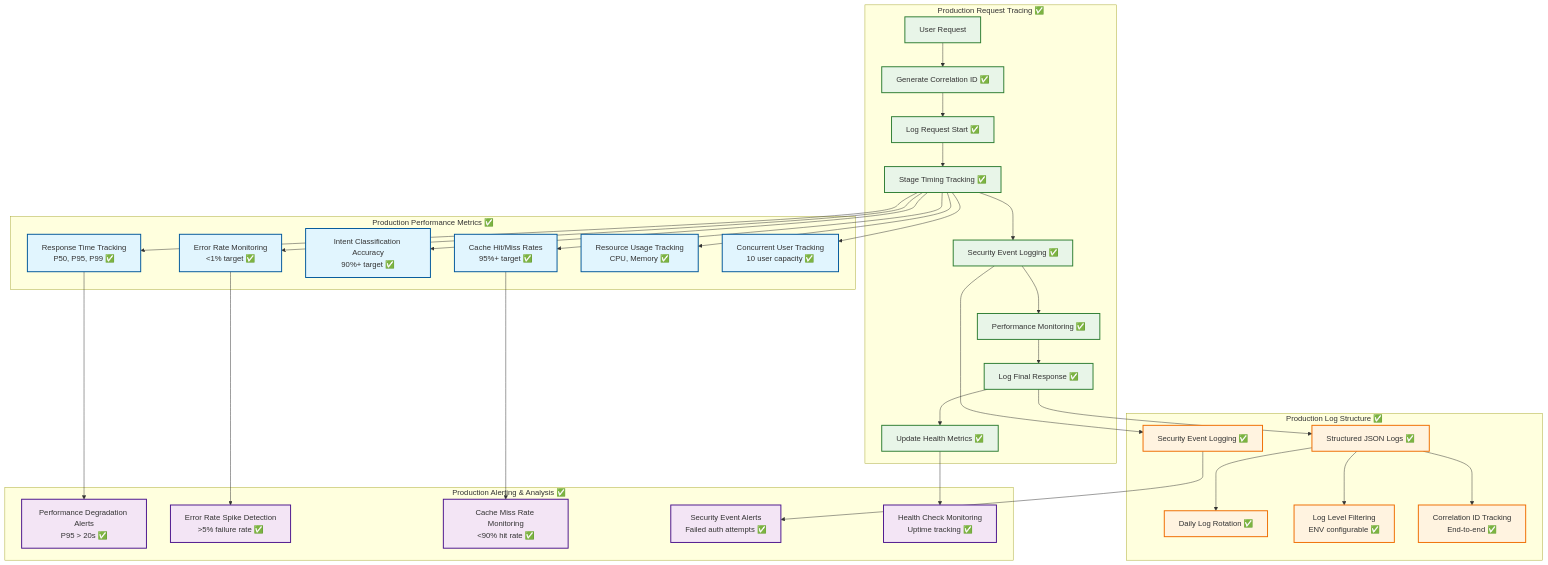
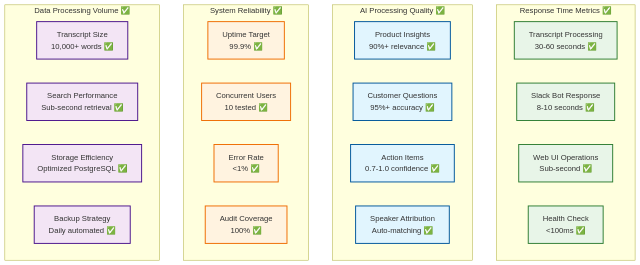
Before and after one commit to Ops-Team-Leverege/Mustard: the seventh of 8 diagrams in docs/VISUAL_SYSTEM_DIAGRAMS.md, drawn with Mermaid. The commit also changed other lines of this file and 2 other files, not shown here.

First line of the commit message:
Update documentation to reflect actual Decision Layer architecture

````diff
--- a/docs/VISUAL_SYSTEM_DIAGRAMS.md
+++ b/docs/VISUAL_SYSTEM_DIAGRAMS.md
@@ -333,66 +325,40 @@
 ```mermaid
 graph TD
-    subgraph "Production Request Tracing ✅"
-        A[User Request] --> B[Generate Correlation ID ✅]
-        B --> C[Log Request Start ✅]
-        C --> D[Stage Timing Tracking ✅]
-        D --> E[Security Event Logging ✅]
-        E --> F[Performance Monitoring ✅]
-        F --> G[Log Final Response ✅]
-        G --> H[Update Health Metrics ✅]
+    subgraph "Response Time Metrics ✅"
+        A[Transcript Processing<br/>30-60 seconds ✅]
+        B[Slack Bot Response<br/>8-10 seconds ✅]
+        C[Web UI Operations<br/>Sub-second ✅]
+        D[Health Check<br/><100ms ✅]
     end
     
-    subgraph "Production Performance Metrics ✅"
-        I[Response Time Tracking<br/>P50, P95, P99 ✅]
-        J[Cache Hit/Miss Rates<br/>95%+ target ✅]
-        K[Intent Classification Accuracy<br/>90%+ target ✅]
-        L[Error Rate Monitoring<br/><1% target ✅]
-        M[Resource Usage Tracking<br/>CPU, Memory ✅]
-        N[Concurrent User Tracking<br/>10 user capacity ✅]
+    subgraph "AI Processing Quality ✅"
+        E[Product Insights<br/>90%+ relevance ✅]
+        F[Customer Questions<br/>95%+ accuracy ✅]
+        G[Action Items<br/>0.7-1.0 confidence ✅]
+        H[Speaker Attribution<br/>Auto-matching ✅]
     end
     
-    subgraph "Production Log Structure ✅"
-        O[Structured JSON Logs ✅]
-        P[Daily Log Rotation ✅]
-        Q[Log Level Filtering<br/>ENV configurable ✅]
-        R[Correlation ID Tracking<br/>End-to-end ✅]
-        S[Security Event Logging ✅]
+    subgraph "System Reliability ✅"
+        I[Uptime Target<br/>99.9% ✅]
+        J[Concurrent Users<br/>10 tested ✅]
+        K[Error Rate<br/><1% ✅]
+        L[Audit Coverage<br/>100% ✅]
     end
     
-    subgraph "Production Alerting & Analysis ✅"
-        T[Performance Degradation Alerts<br/>P95 > 20s ✅]
-        U[Error Rate Spike Detection<br/>>5% failure rate ✅]
-        V[Cache Miss Rate Monitoring<br/><90% hit rate ✅]
-        W[Security Event Alerts<br/>Failed auth attempts ✅]
-        X[Health Check Monitoring<br/>Uptime tracking ✅]
+    subgraph "Data Processing Volume ✅"
+        M[Transcript Size<br/>10,000+ words ✅]
+        N[Search Performance<br/>Sub-second retrieval ✅]
+        O[Storage Efficiency<br/>Optimized PostgreSQL ✅]
+        P[Backup Strategy<br/>Daily automated ✅]
     end
     
-    D --> I
-    D --> J
-    D --> K
-    D --> L
-    D --> M
-    D --> N
+    classDef performance fill:#e8f5e8,stroke:#2e7d32,stroke-width:2px
+    classDef quality fill:#e1f5fe,stroke:#01579b,stroke-width:2px
+    classDef reliability fill:#fff3e0,stroke:#ef6c00,stroke-width:2px
+    classDef volume fill:#f3e5f5,stroke:#4a148c,stroke-width:2px
     
-    G --> O
-    O --> P
-    O --> Q
-    O --> R
-    E --> S
-    
-    I --> T
-    L --> U
-    J --> V
-    S --> W
-    H --> X
-    
-    classDef tracing fill:#e8f5e8,stroke:#2e7d32,stroke-width:2px
-    classDef metrics fill:#e1f5fe,stroke:#01579b,stroke-width:2px
-    classDef logging fill:#fff3e0,stroke:#ef6c00,stroke-width:2px
-    classDef alerting fill:#f3e5f5,stroke:#4a148c,stroke-width:2px
-    
-    class A,B,C,D,E,F,G,H tracing
-    class I,J,K,L,M,N metrics
-    class O,P,Q,R,S logging
-    class T,U,V,W,X alerting
+    class A,B,C,D performance
+    class E,F,G,H quality
+    class I,J,K,L reliability
+    class M,N,O,P volume
 ```
````
